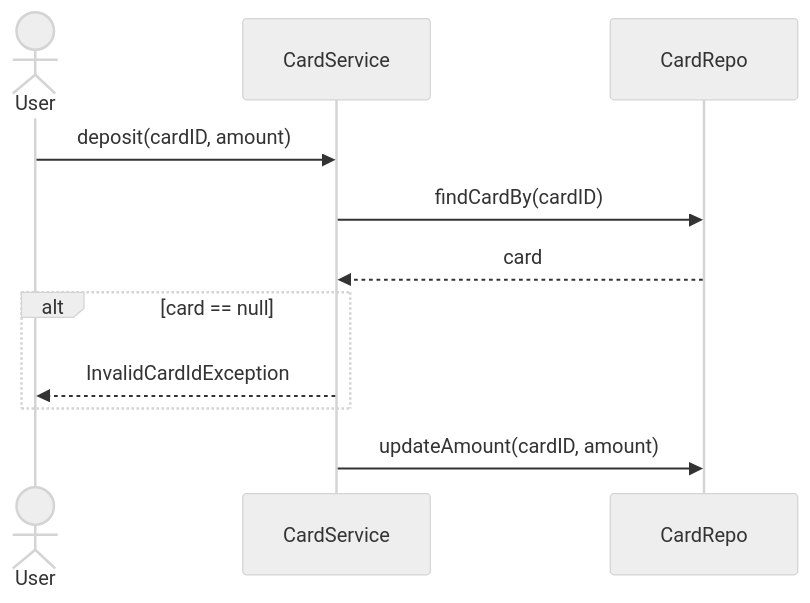
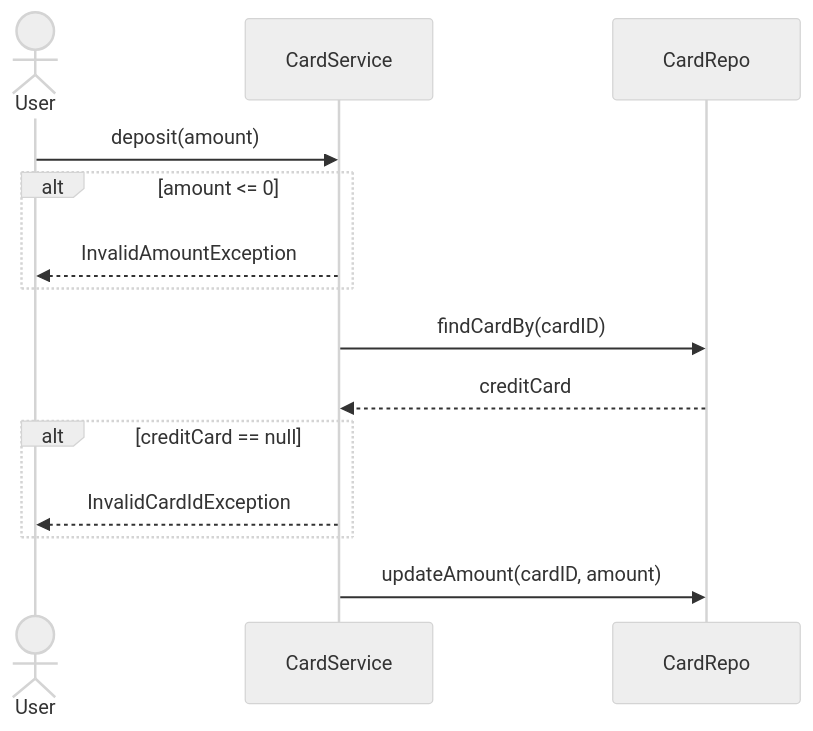
One commit to Apameus/ATM_Underground changed the third of 6 diagrams in docs/technicalDocs_v2.md. Above: the diagram before and after it, drawn with Mermaid (neutral theme). The commit also changed other lines of this file, not shown here.

````diff
--- a/docs/technicalDocs_v2.md
+++ b/docs/technicalDocs_v2.md
@@ -27,15 +27,17 @@
 ```mermaid
 sequenceDiagram
-actor U as User
-participant S as CardService
-participant R as CardRepo
-
-U ->> S: deposit(cardID, amount)
-S ->> R: findCardBy(cardID)
-R -->> S: card
-alt card == null
-    S -->> U: InvalidCardIdException
-end
-S ->> R: updateAmount(cardID, amount)
+    actor U as User
+    participant S as CardService
+    participant R as CardRepo
+    U ->> S: deposit(amount)
+    alt amount <= 0
+        S -->> U: InvalidAmountException
+    end
+    S ->> R: findCardBy(cardID)
+    R -->> S: creditCard
+    alt creditCard == null
+        S -->> U: InvalidCardIdException
+    end
+    S ->> R: updateAmount(cardID, amount)
 %%S -->> U: msg(succeed)
 ```
````
